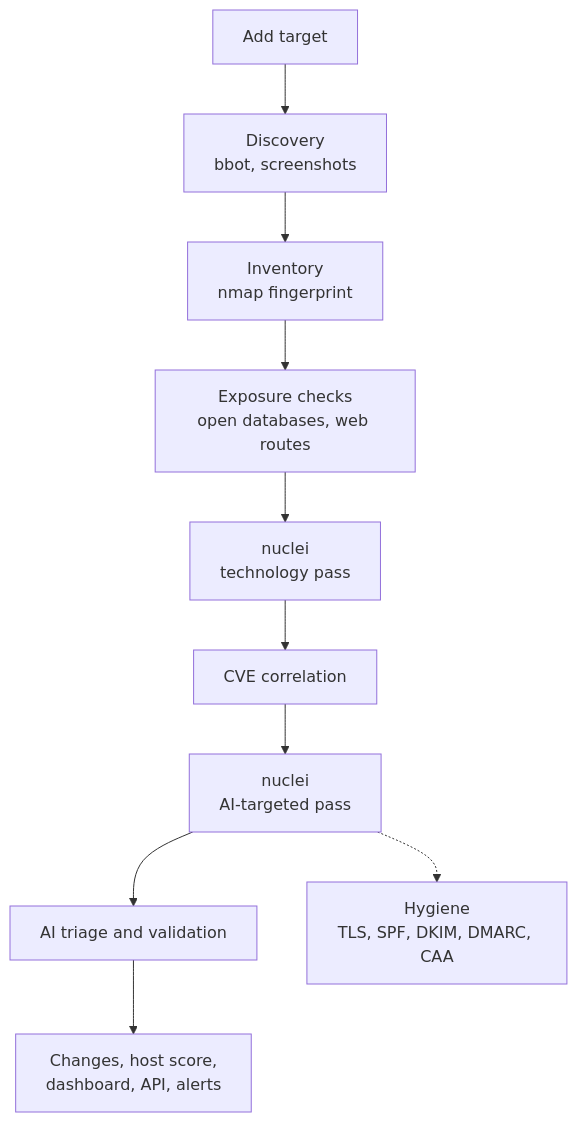
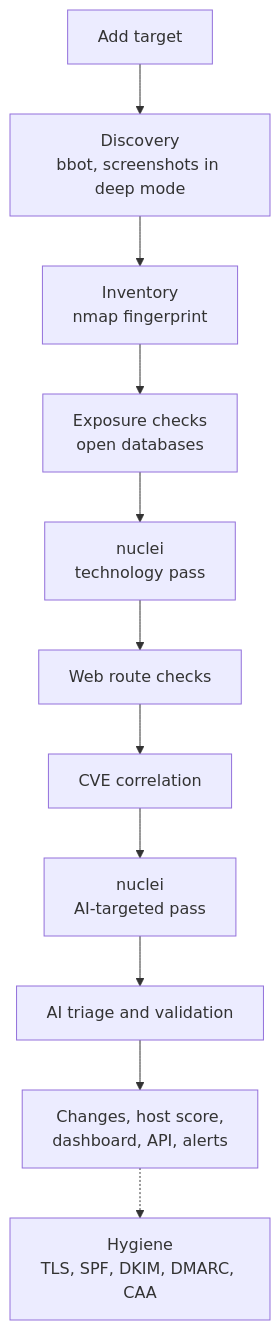
One commit to hevnsnt/CVEngine changed the first of 2 diagrams in README.md. Above: the diagram before and after it, drawn with Mermaid. The commit also changed other lines of this file and 15 other files, not shown here.

````diff
--- a/README.md
+++ b/README.md
@@ -80,12 +69,13 @@
 ```mermaid
 flowchart TD
-    A["Add target"] --> B["Discovery<br/>bbot, screenshots"]
+    A["Add target"] --> B["Discovery<br/>bbot, screenshots in deep mode"]
     B --> C["Inventory<br/>nmap fingerprint"]
-    C --> D["Exposure checks<br/>open databases, web routes"]
+    C --> D["Exposure checks<br/>open databases"]
     D --> E["nuclei<br/>technology pass"]
-    E --> F["CVE correlation"]
+    E --> R["Web route checks"]
+    R --> F["CVE correlation"]
     F --> G["nuclei<br/>AI-targeted pass"]
     G --> H["AI triage and validation"]
     H --> I["Changes, host score,<br/>dashboard, API, alerts"]
-    G -.-> J["Hygiene<br/>TLS, SPF, DKIM, DMARC, CAA"]
+    I -.-> J["Hygiene<br/>TLS, SPF, DKIM, DMARC, CAA"]
 ```
````
